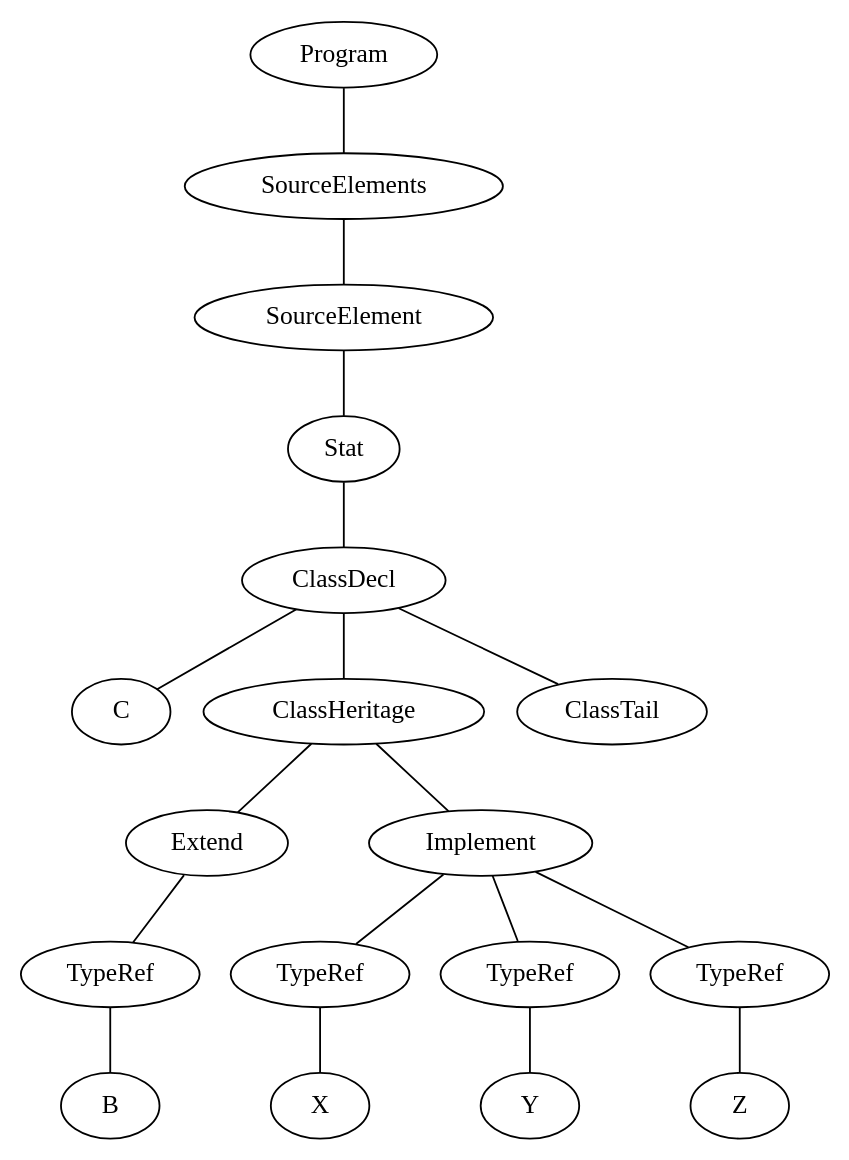
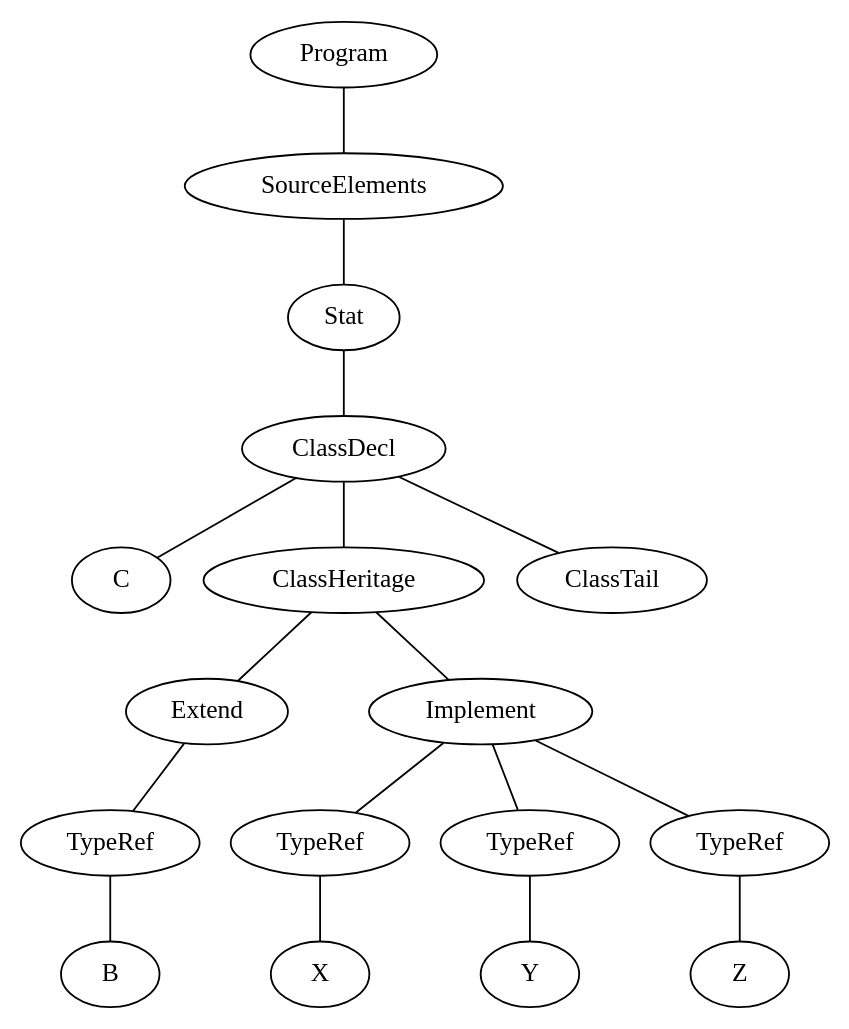
One commit to theSprog/KTS changed the diagram in resource/parser/class/class01.ts.dot. Above: the diagram before and after it, drawn with Graphviz. The commit also changed 19 other files, not shown here.

```diff
--- a/resource/parser/class/class01.ts.dot
+++ b/resource/parser/class/class01.ts.dot
@@ -1,37 +1,35 @@
 graph vis {
-	node126[label="Program"]
-	node126 -- node125
-	node125[label="SourceElements"]
-	node125 -- node124
-	node124[label="SourceElement"]
-	node124 -- node123
-	node123[label="Stat"]
-	node123 -- node122
-	node122[label="ClassDecl"]
-	node122 -- node109
-	node109[label="C"]
-	node122 -- node120
-	node120[label="ClassHeritage"]
-	node120 -- node112
-	node112[label="Extend"]
+	node114[label="Program"]
+	node114 -- node113
+	node113[label="SourceElements"]
+	node113 -- node112
+	node112[label="Stat"]
 	node112 -- node111
-	node111[label="TypeRef"]
+	node111[label="ClassDecl"]
+	node111 -- node98
+	node98[label="C"]
+	node111 -- node109
+	node109[label="ClassHeritage"]
+	node109 -- node101
+	node101[label="Extend"]
+	node101 -- node100
+	node100[label="TypeRef"]
+	node100 -- node99
+	node99[label="B"]
+	node109 -- node108
+	node108[label="Implement"]
+	node108 -- node103
+	node103[label="TypeRef"]
+	node103 -- node102
+	node102[label="X"]
+	node108 -- node105
+	node105[label="TypeRef"]
+	node105 -- node104
+	node104[label="Y"]
+	node108 -- node107
+	node107[label="TypeRef"]
+	node107 -- node106
+	node106[label="Z"]
 	node111 -- node110
-	node110[label="B"]
-	node120 -- node119
-	node119[label="Implement"]
-	node119 -- node114
-	node114[label="TypeRef"]
-	node114 -- node113
-	node113[label="X"]
-	node119 -- node116
-	node116[label="TypeRef"]
-	node116 -- node115
-	node115[label="Y"]
-	node119 -- node118
-	node118[label="TypeRef"]
-	node118 -- node117
-	node117[label="Z"]
-	node122 -- node121
-	node121[label="ClassTail"]
+	node110[label="ClassTail"]
 }
```
